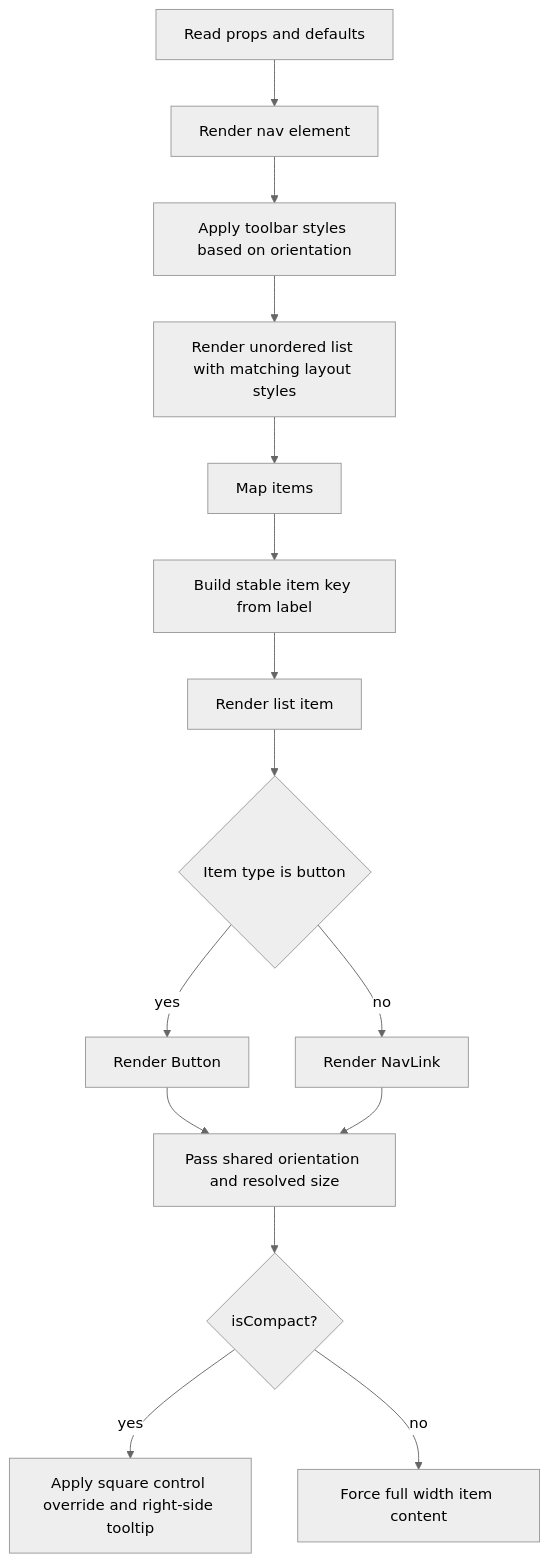
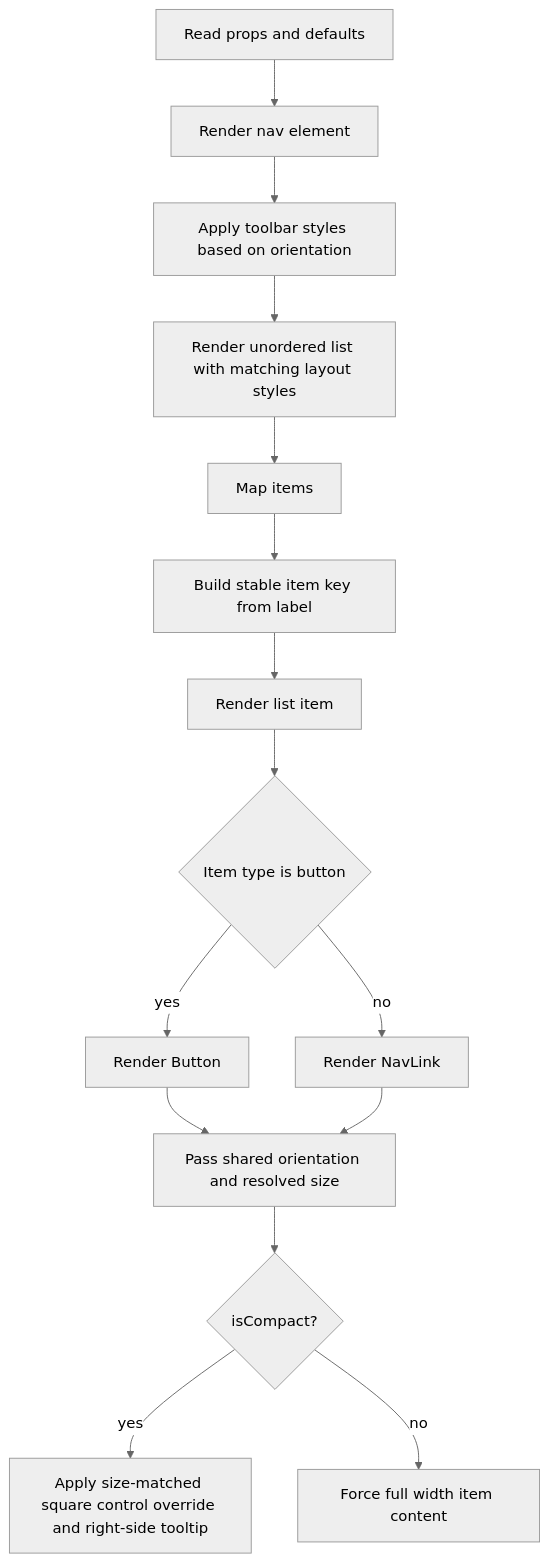
One commit to luciocabrera/lcabrera-stack changed the third of 5 diagrams in apps/react-router/src/components/Toolbar/ARCHITECTURE.md. Above: the diagram before and after it, drawn with Mermaid (neutral theme). The commit also changed other lines of this file and 33 other files, not shown here.

````diff
--- a/apps/react-router/src/components/Toolbar/ARCHITECTURE.md
+++ b/apps/react-router/src/components/Toolbar/ARCHITECTURE.md
@@ -85,17 +85,17 @@
 ```mermaid
 graph TD
   A[Read props and defaults] --> B[Render nav element]
   B --> C[Apply toolbar styles based on orientation]
   C --> D[Render unordered list with matching layout styles]
   D --> E[Map items]
   E --> F[Build stable item key from label]
   F --> G[Render list item]
   G --> H{Item type is button}
   H -- yes --> I[Render Button]
   H -- no --> J[Render NavLink]
   I --> K[Pass shared orientation and resolved size]
   J --> K
   K --> L{isCompact?}
-L -- yes --> M[Apply square control override and right-side tooltip]
+L -- yes --> M[Apply size-matched square control override and right-side tooltip]
   L -- no --> N[Force full width item content]
 ```
````
